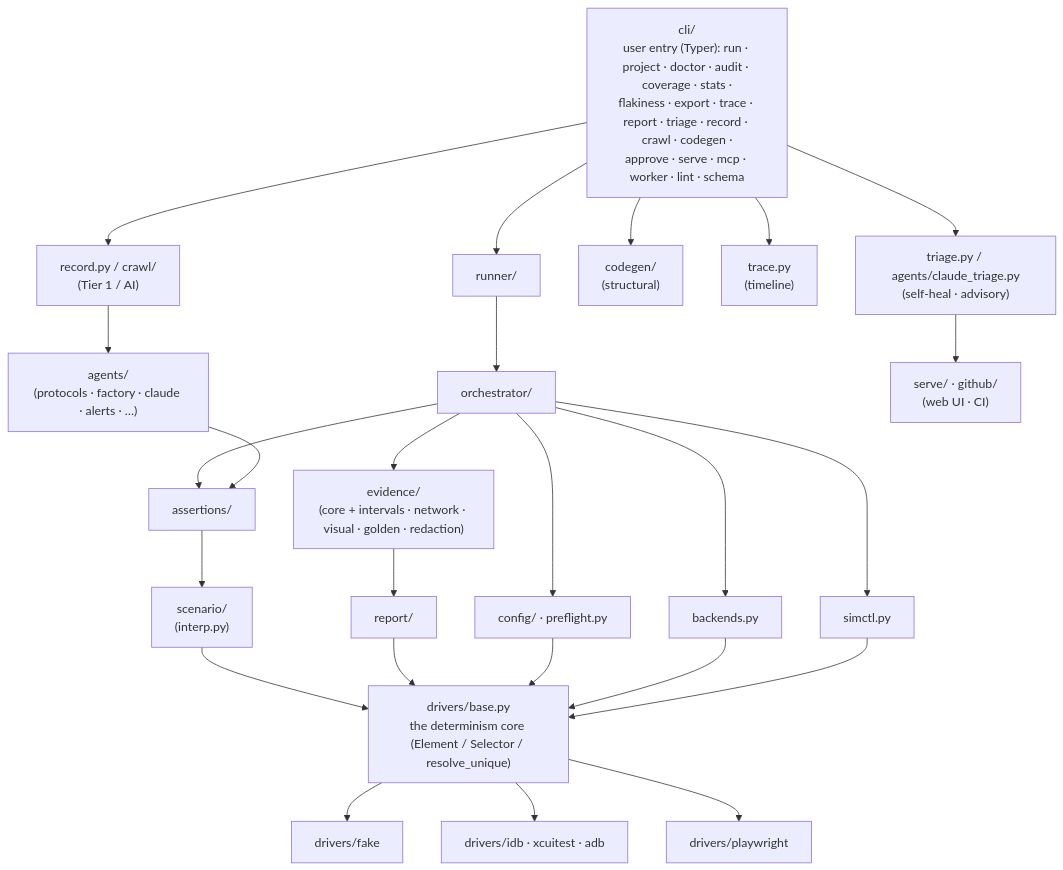
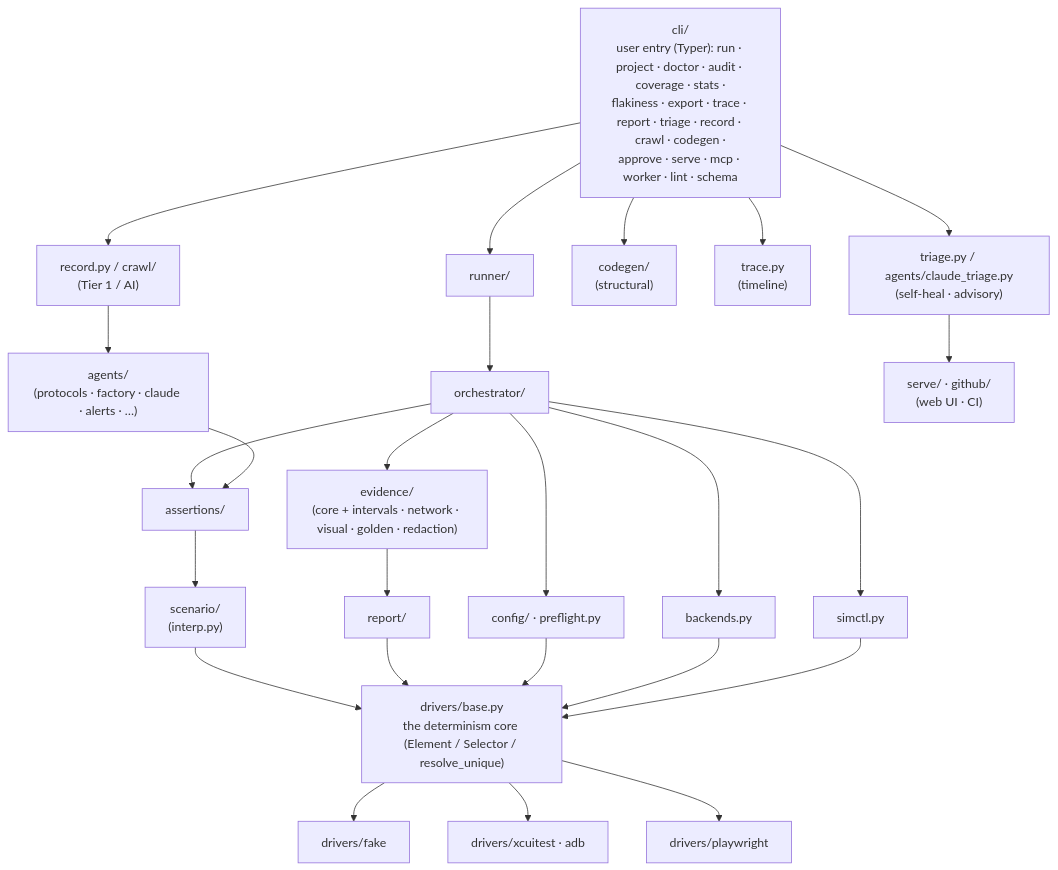
One commit to bajutsu-e2e/bajutsu changed the second of 2 diagrams in docs/architecture.md. Above: the diagram before and after it, drawn with Mermaid. The commit also changed other lines of this file and 244 other files, not shown here.

First line of the commit message:
feat(ios): make XCUITest the default iOS backend and remove idb

````diff
--- a/docs/architecture.md
+++ b/docs/architecture.md
@@ -132,59 +129,59 @@
 ```mermaid
 flowchart TB
     cli["cli/<br/>user entry (Typer): run · project · doctor · audit · coverage · stats ·<br/>flakiness · export · trace · report · triage · record · crawl · codegen ·<br/>approve · serve · mcp · worker · lint · schema"]
 
     runner["runner/"]
     record["record.py / crawl/<br/>(Tier 1 / AI)"]
     codegen["codegen/<br/>(structural)"]
     trace["trace.py<br/>(timeline)"]
     triage["triage.py / agents/claude_triage.py<br/>(self-heal · advisory)"]
 
     orch["orchestrator/"]
     agentStuff["agents/<br/>(protocols · factory · claude · alerts · …)"]
     serveGh["serve/ · github/<br/>(web UI · CI)"]
 
     assertions["assertions/"]
     evidence["evidence/<br/>(core + intervals · network · visual · golden · redaction)"]
 
     scenario["scenario/<br/>(interp.py)"]
     report["report/"]
     config["config/ · preflight.py"]
     backends["backends.py"]
     simctl["simctl.py"]
 
     base["drivers/base.py<br/>the determinism core (Element / Selector / resolve_unique)"]
 
     fake["drivers/fake"]
-    ios["drivers/idb · xcuitest · adb"]
+    ios["drivers/xcuitest · adb"]
     pw["drivers/playwright"]
 
     cli --> runner
     cli --> record
     cli --> codegen
     cli --> trace
     cli --> triage
 
     runner --> orch
     record --> agentStuff
     triage --> serveGh
 
     orch --> assertions
     orch --> evidence
     agentStuff --> assertions
 
     assertions --> scenario
     evidence --> report
     orch --> config
     orch --> backends
     orch --> simctl
 
     scenario --> base
     report --> base
     config --> base
     backends --> base
     simctl --> base
 
     base --> fake
     base --> ios
     base --> pw
 ```
````
